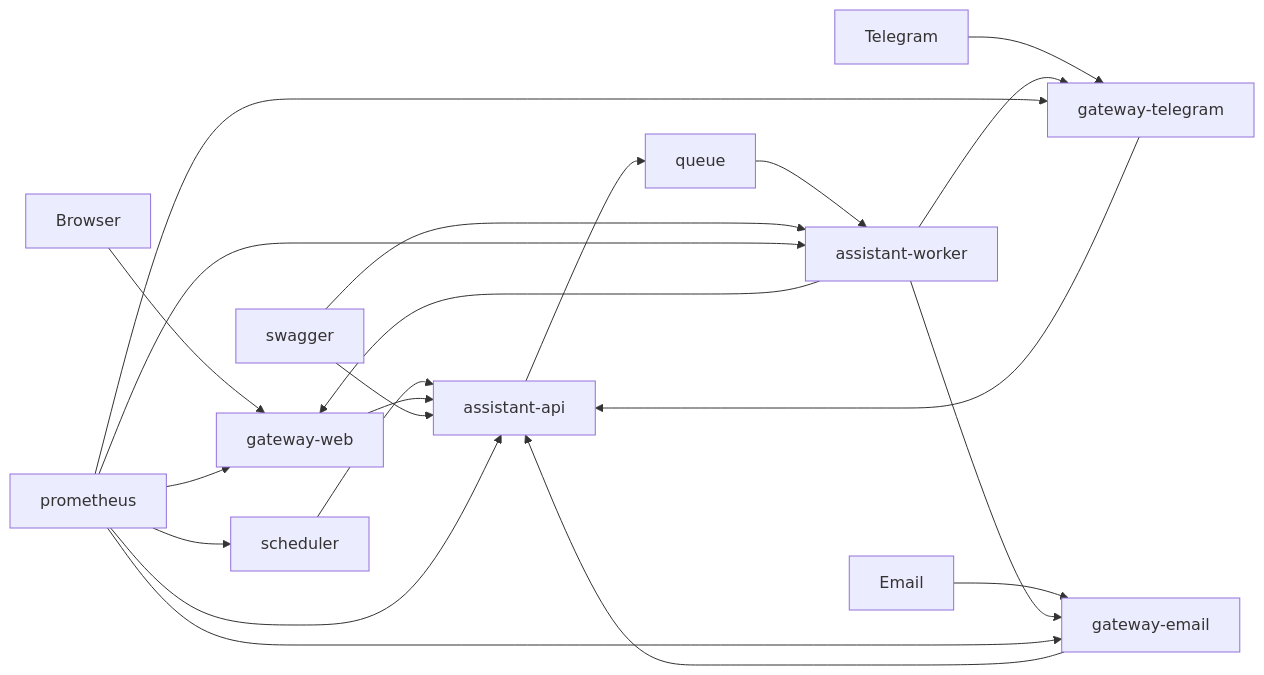
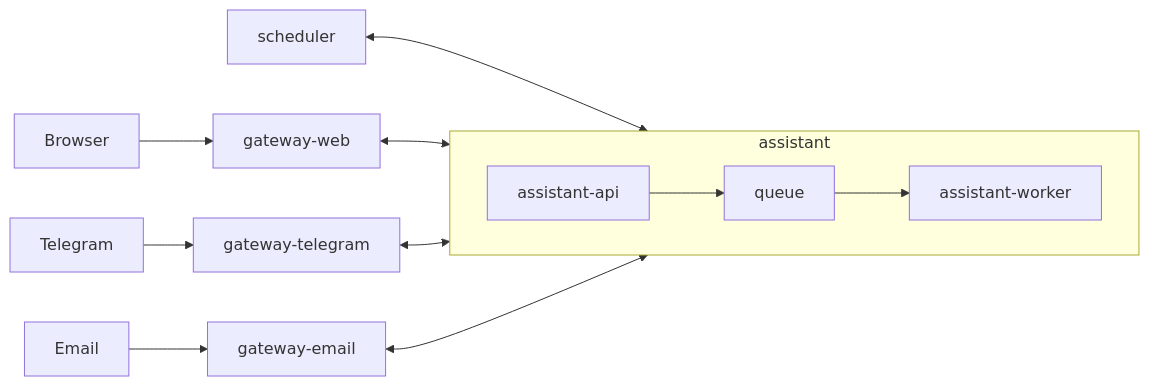
The diagram in README.md (vinitu/my-concierge), drawn with Mermaid before and after one commit. The commit also changed other lines of this file and 19 other files, not shown here.

````diff
--- a/README.md
+++ b/README.md
@@ -106,27 +79,17 @@
 ```mermaid
 flowchart LR
+    Scheduler["scheduler"] <--> Assistant
     Browser["Browser"] --> GW["gateway-web"]
     Telegram["Telegram"] --> GT["gateway-telegram"]
     Email["Email"] --> GE["gateway-email"]
-    Scheduler["scheduler"] --> API["assistant-api"]
 
-    GW --> API
-    GT --> API
-    GE --> API
+    GW <--> Assistant
+    GT <--> Assistant
+    GE <--> Assistant
 
-    API --> Q["queue"]
-    Q --> Worker["assistant-worker"]
-
-    Worker --> GW
-    Worker --> GT
-    Worker --> GE
-
-    Swagger["swagger"] --> API
-    Swagger --> Worker
-    Prom["prometheus"] --> API
-    Prom --> Worker
-    Prom --> GW
-    Prom --> GT
-    Prom --> GE
-    Prom --> Scheduler
+    subgraph Assistant["assistant"]
+        direction LR
+        API["assistant-api"] --> Q["queue"]
+        Q --> Worker["assistant-worker"]
+    end
 ```
````
